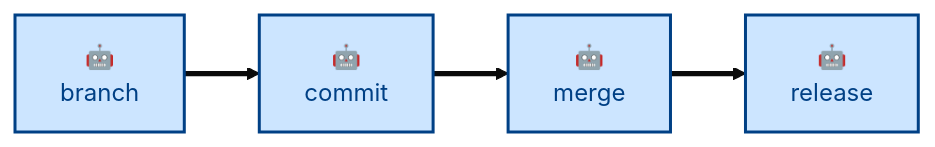
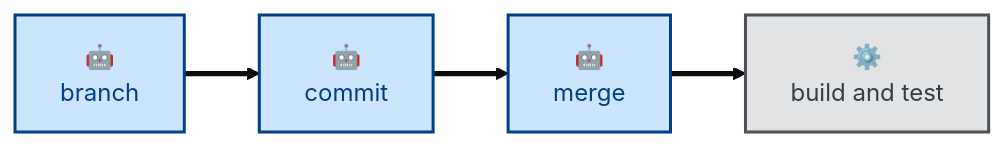
Before and after one commit to kieranpotts/skills: the diagram in skills/merge/README.md, drawn with Mermaid (base theme). The commit also changed other lines of this file and 75 other files, not shown here.

````diff
--- a/skills/merge/README.md
+++ b/skills/merge/README.md
@@ -46,18 +68,18 @@
 ```mermaid
 flowchart LR
   %% Node labels and classes.
   branch["🤖<br/>branch"]:::agentic
   commit["🤖<br/>commit"]:::agentic
   merge["🤖<br/>merge"]:::agentic
-  release["🤖<br/>release"]:::agentic
+  test["⚙️<br/>build and test"]:::scripted
 
   %% Main workflow sequence.
   branch ==> commit
   commit ==> merge
-  merge ==> release
+  merge ==> test
 
   %% Class definitions.
   classDef agentic fill:#cce5ff,stroke:#004085,color:#004085,stroke-width:2px
   classDef scripted fill:#e2e3e5,stroke:#4b5157,color:#383d41,stroke-width:2px
   classDef anthropic fill:#fff3cd,stroke:#856404,color:#856404,stroke-width:1px,stroke-dasharray:2 3
 ```
````
